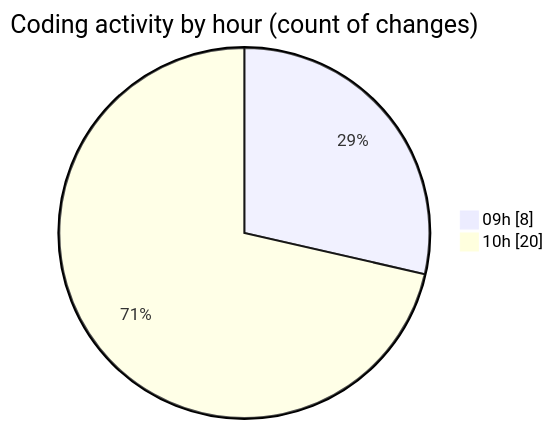
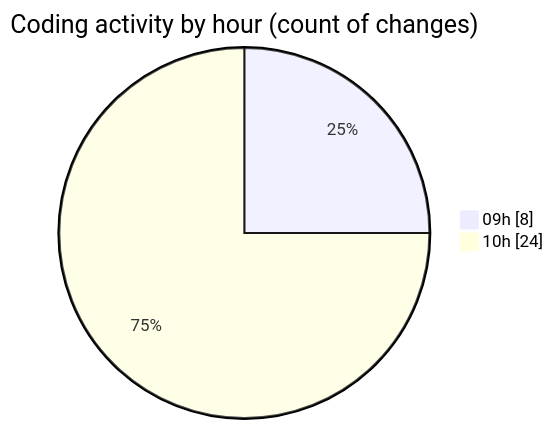
One commit to julien-gomy/code-tracking changed the second of 2 diagrams in 2025-10-09/eventscop-frontend-guide__workspace_/README.md. Above: the diagram before and after it, drawn with Mermaid. The commit also changed other lines of this file and 1 other file, not shown here.

````diff
--- a/2025-10-09/eventscop-frontend-guide__workspace_/README.md
+++ b/2025-10-09/eventscop-frontend-guide__workspace_/README.md
@@ -42,6 +42,6 @@
 ```mermaid
 pie showData
 title Coding activity by hour (count of changes)
 "09h" : 8
-"10h" : 20
+"10h" : 24
 ```
````
